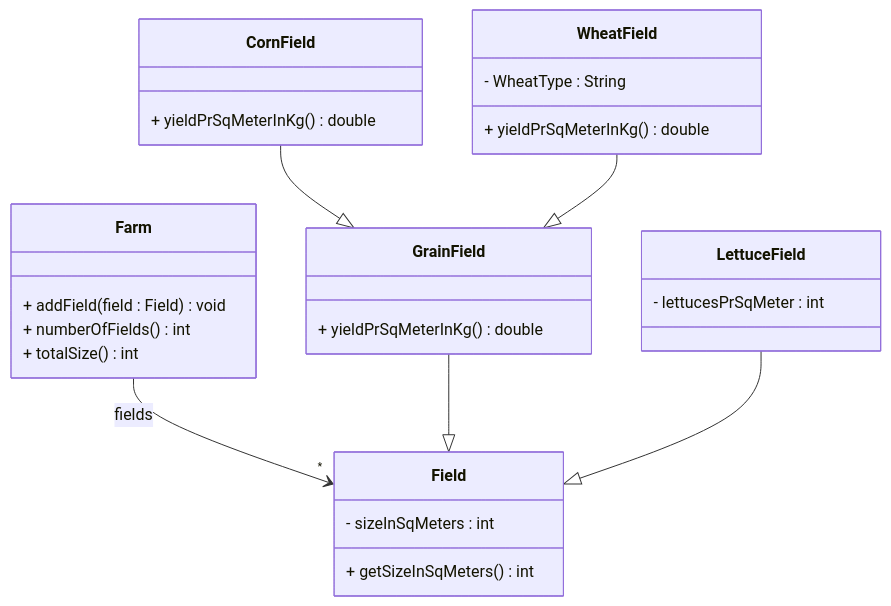
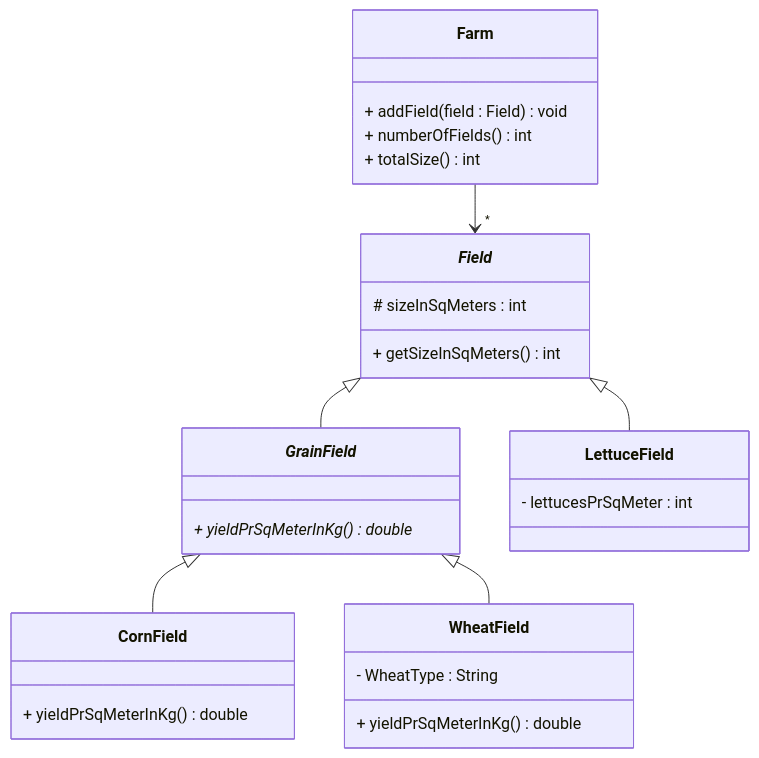
One commit to TroelsMortensen/Codelabs2 changed the diagram in Articles/Session 24 - Exam/004 Exercise 3 - Farm System.md. Above: the diagram before and after it, drawn with Mermaid. The commit also changed 5 other files, not shown here.

````diff
--- a/Articles/Session 24 - Exam/004 Exercise 3 - Farm System.md
+++ b/Articles/Session 24 - Exam/004 Exercise 3 - Farm System.md
@@ -5,36 +5,36 @@
 ```mermaid
 classDiagram
     class Farm {
         + addField(field : Field) void
         + numberOfFields() int
         + totalSize() int
     }
     
-    class Field {
-        - sizeInSqMeters : int
+    class _Field_ {
+        # sizeInSqMeters : int
         + getSizeInSqMeters() int
     }
     
-    class GrainField {
-        + yieldPrSqMeterInKg() double
+    class _GrainField_ {
+        + yieldPrSqMeterInKg()* double
     }
     
     class CornField {
         + yieldPrSqMeterInKg() double
     }
     
     class WheatField {
         - WheatType : String
         + yieldPrSqMeterInKg() double
     }
     
     class LettuceField {
         - lettucesPrSqMeter : int
     }
     
-    Farm --> "*" Field : fields
-    GrainField --|> Field
-    LettuceField --|> Field
-    CornField --|> GrainField
-    WheatField --|> GrainField
+    Farm --> "*" _Field_ 
+    _Field_ <|-- _GrainField_
+    _Field_ <|-- LettuceField
+    _GrainField_ <|-- CornField
+    _GrainField_ <|-- WheatField
 ```
````
